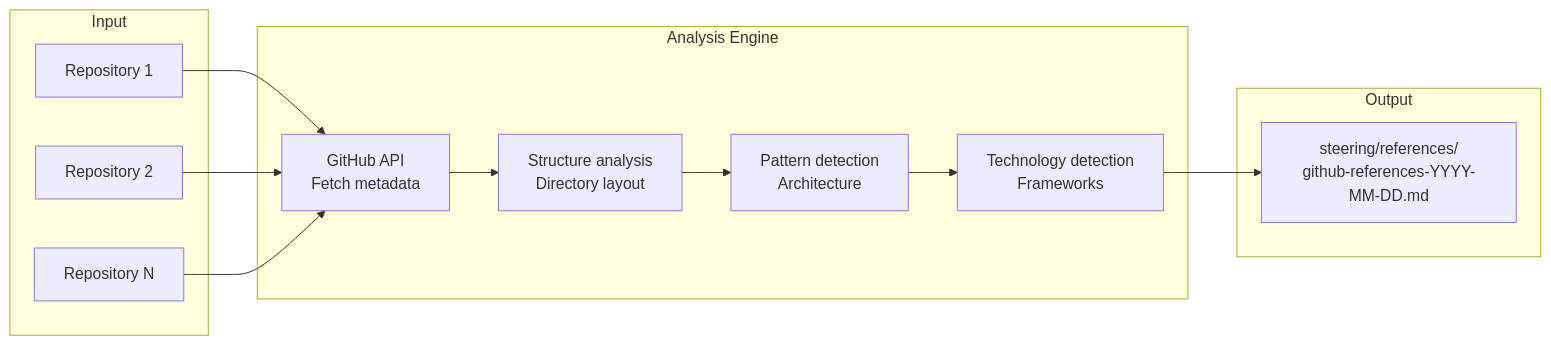
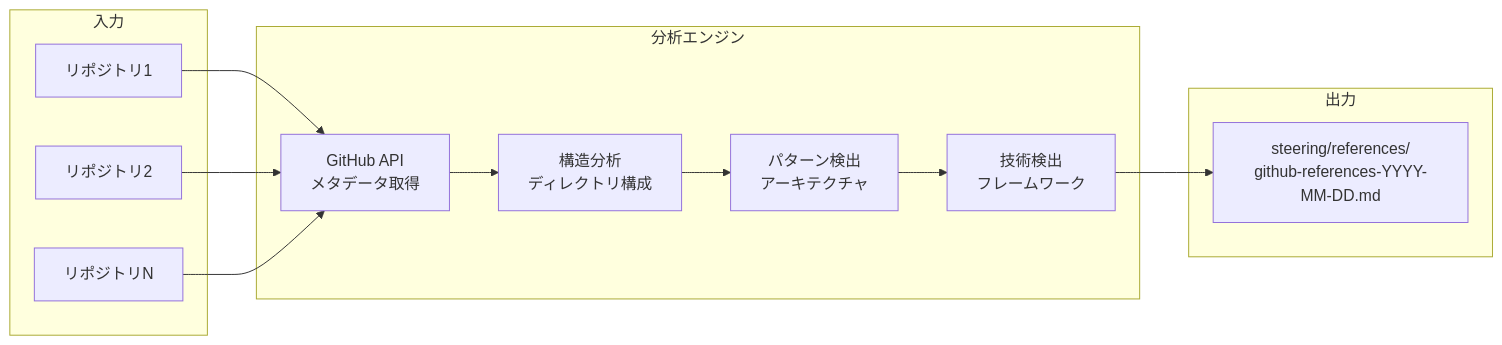
One commit to Improve-To-Grow/MUSUBI changed the eighth of 8 diagrams in docs/Qiita/MUSUBI-Complete-Evolution-History.md. Above: the diagram before and after it, drawn with Mermaid. The commit also changed other lines of this file and 16 other files, not shown here.

````diff
--- a/docs/Qiita/MUSUBI-Complete-Evolution-History.md
+++ b/docs/Qiita/MUSUBI-Complete-Evolution-History.md
@@ -2530,24 +2530,24 @@
 ```mermaid
 flowchart LR
-    subgraph Input["Input"]
-        R1["Repository 1"]
-        R2["Repository 2"]
-        R3["Repository N"]
+    subgraph Input["入力"]
+        R1["リポジトリ1"]
+        R2["リポジトリ2"]
+        R3["リポジトリN"]
     end
     
-    subgraph Analysis["Analysis Engine"]
-        F["GitHub API<br/>Fetch metadata"]
-        S["Structure analysis<br/>Directory layout"]
-        P["Pattern detection<br/>Architecture"]
-        T["Technology detection<br/>Frameworks"]
+    subgraph Analysis["分析エンジン"]
+        F["GitHub API<br/>メタデータ取得"]
+        S["構造分析<br/>ディレクトリ構成"]
+        P["パターン検出<br/>アーキテクチャ"]
+        T["技術検出<br/>フレームワーク"]
     end
     
-    subgraph Output["Output"]
+    subgraph Output["出力"]
         O["steering/references/<br/>github-references-YYYY-MM-DD.md"]
     end
     
     R1 --> F
     R2 --> F
     R3 --> F
     F --> S --> P --> T --> O
 ```
````
